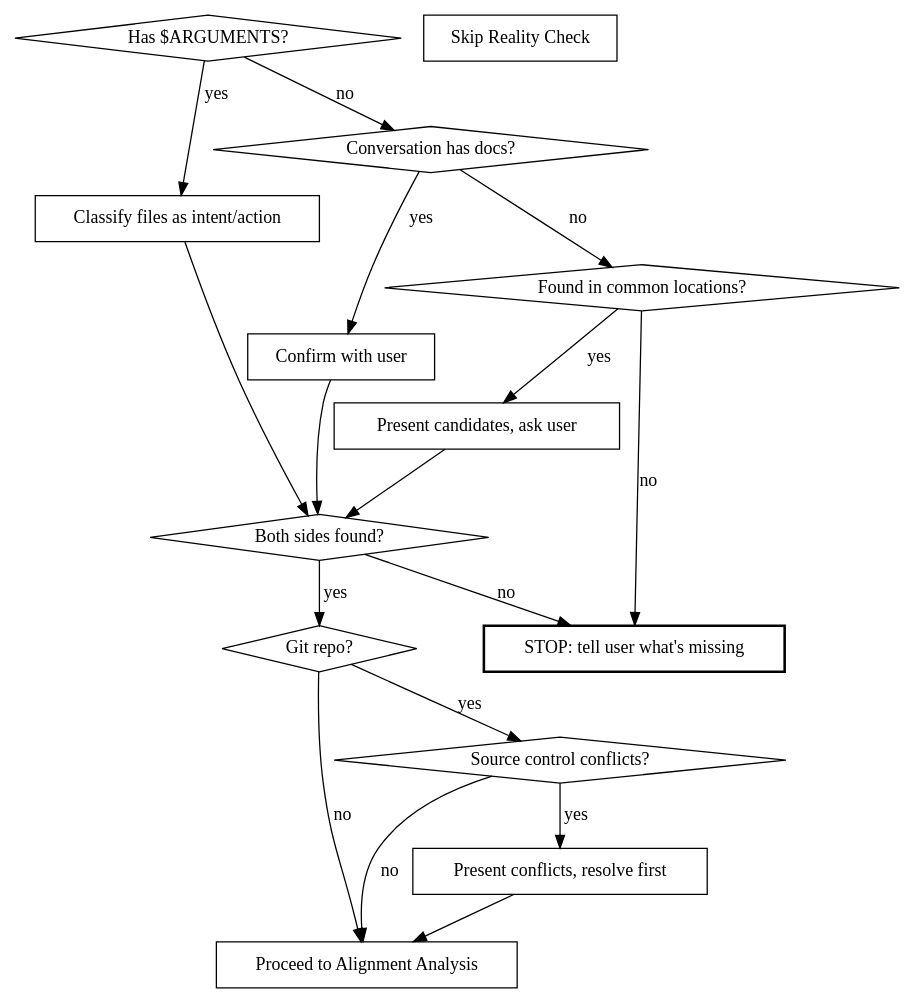
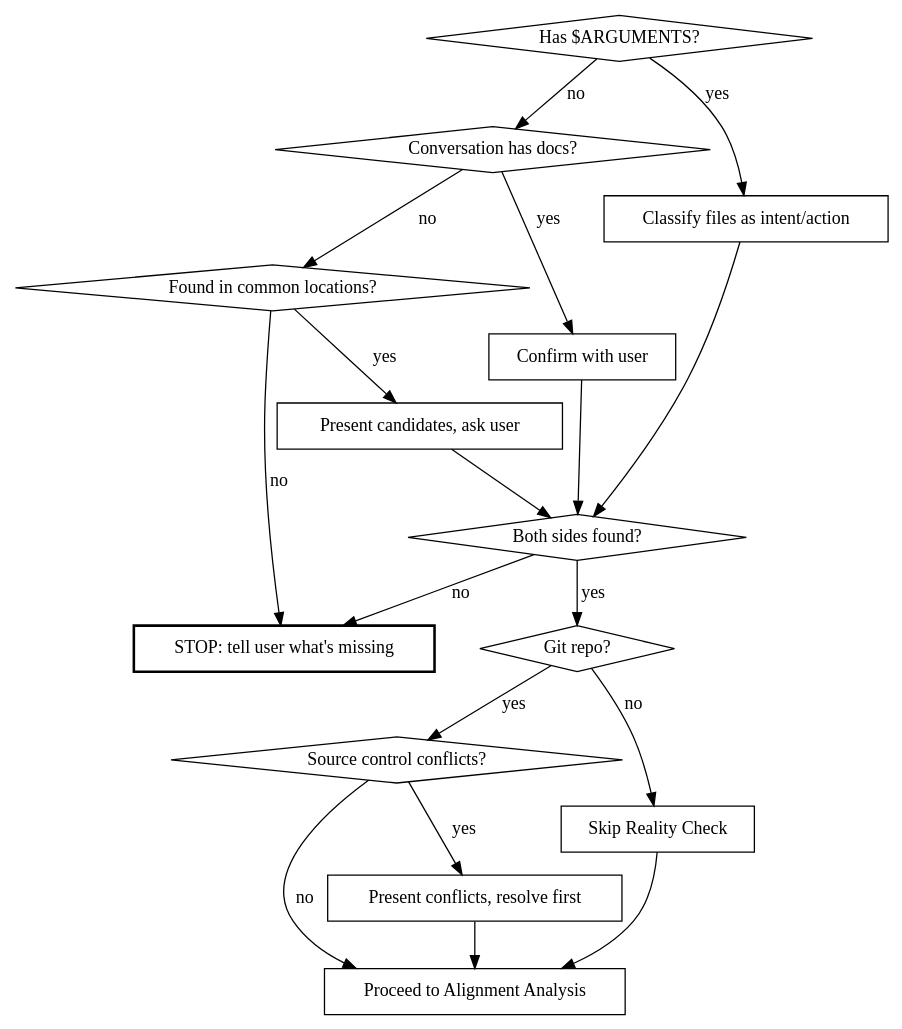
One commit to Ovid/paad changed the first of 2 diagrams in plugins/paad/skills/alignment/SKILL.md. Above: the diagram before and after it, drawn with Graphviz. The commit also changed other lines of this file, not shown here.

First line of the commit message:
alignment: wire orphan node, draw Phases 2-4

````diff
--- a/plugins/paad/skills/alignment/SKILL.md
+++ b/plugins/paad/skills/alignment/SKILL.md
@@ -14,38 +14,39 @@
 ```dot
 digraph alignment {
   "Has $ARGUMENTS?" [shape=diamond];
   "Conversation has docs?" [shape=diamond];
   "Found in common locations?" [shape=diamond];
   "Both sides found?" [shape=diamond];
   "Git repo?" [shape=diamond];
   "Source control conflicts?" [shape=diamond];
 
   "Classify files as intent/action" [shape=box];
   "Confirm with user" [shape=box];
   "Present candidates, ask user" [shape=box];
   "STOP: tell user what's missing" [shape=box, style=bold];
   "Skip Reality Check" [shape=box];
   "Present conflicts, resolve first" [shape=box];
   "Proceed to Alignment Analysis" [shape=box];
 
   "Has $ARGUMENTS?" -> "Classify files as intent/action" [label="yes"];
   "Has $ARGUMENTS?" -> "Conversation has docs?" [label="no"];
   "Conversation has docs?" -> "Confirm with user" [label="yes"];
   "Conversation has docs?" -> "Found in common locations?" [label="no"];
   "Found in common locations?" -> "Present candidates, ask user" [label="yes"];
   "Found in common locations?" -> "STOP: tell user what's missing" [label="no"];
 
   "Classify files as intent/action" -> "Both sides found?";
   "Confirm with user" -> "Both sides found?";
   "Present candidates, ask user" -> "Both sides found?";
 
   "Both sides found?" -> "Git repo?" [label="yes"];
   "Both sides found?" -> "STOP: tell user what's missing" [label="no"];
 
   "Git repo?" -> "Source control conflicts?" [label="yes"];
-  "Git repo?" -> "Proceed to Alignment Analysis" [label="no"];
+  "Git repo?" -> "Skip Reality Check" [label="no"];
+  "Skip Reality Check" -> "Proceed to Alignment Analysis";
   "Source control conflicts?" -> "Present conflicts, resolve first" [label="yes"];
   "Source control conflicts?" -> "Proceed to Alignment Analysis" [label="no"];
   "Present conflicts, resolve first" -> "Proceed to Alignment Analysis";
 }
 ```
````
